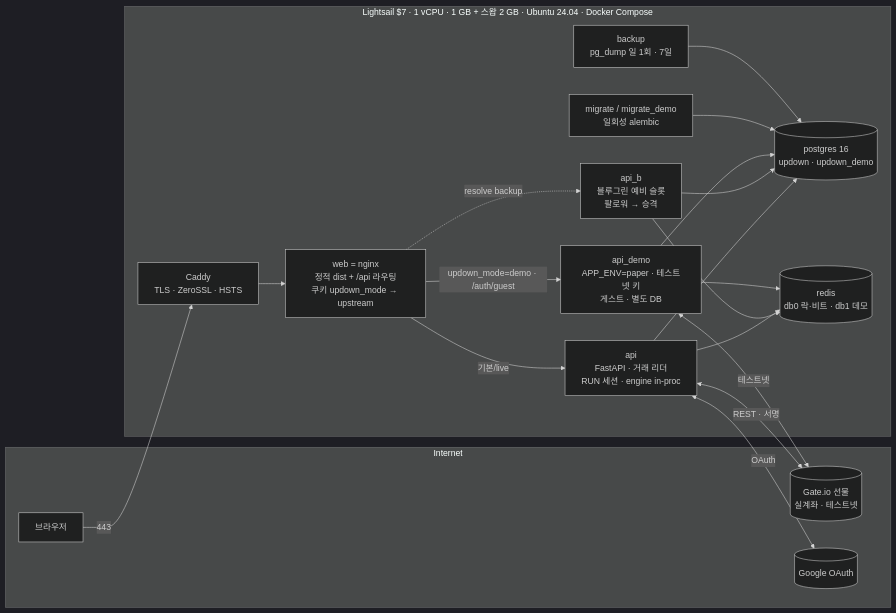
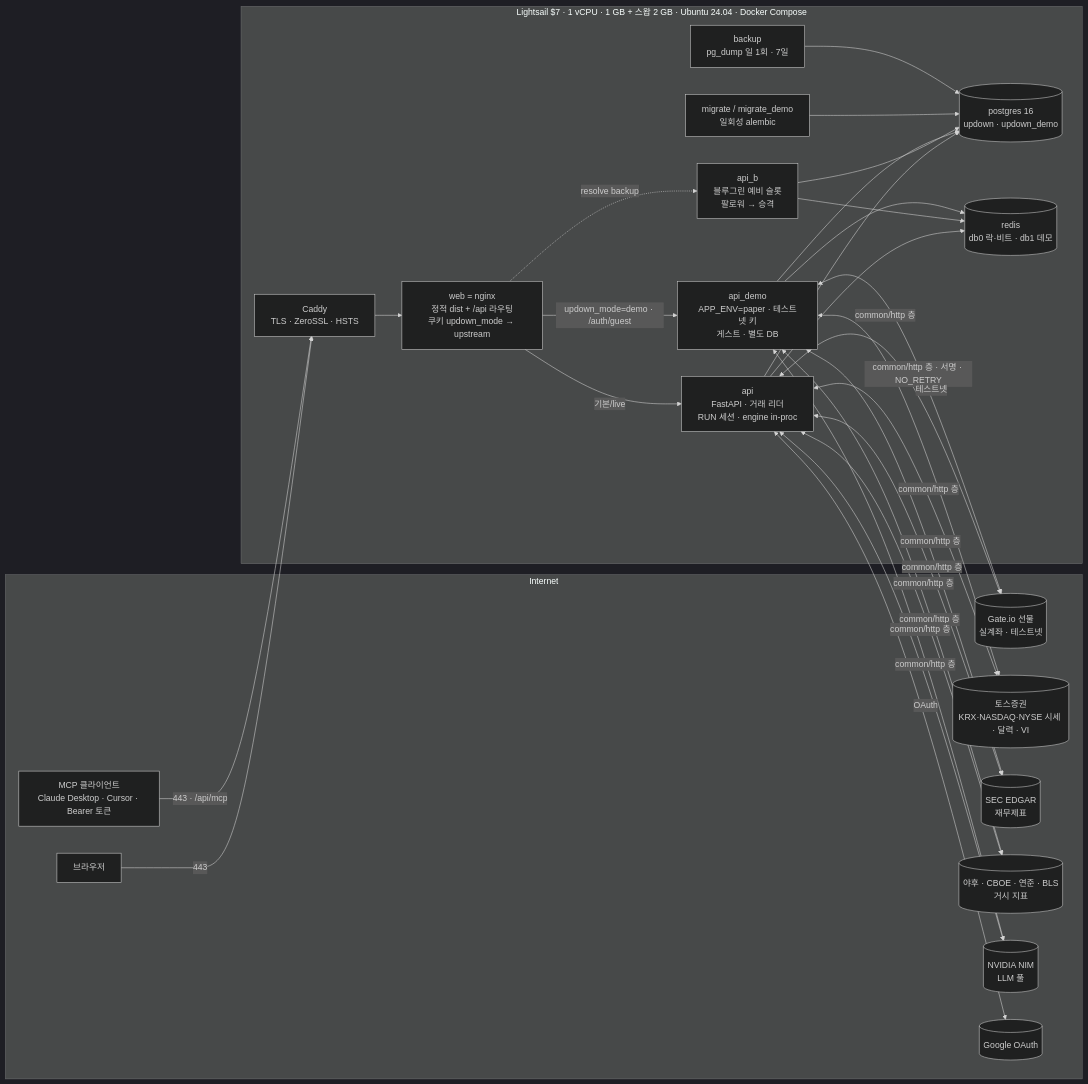
One commit to ericsj1998/up_and_down_invest_public changed the first of 5 diagrams in docs/platform/runtime_architecture.md. Above: the diagram before and after it, drawn with Mermaid (dark theme). The commit also changed other lines of this file and 2 other files, not shown here.

Commit message:
다이어그램 전면 갱신 — 개념 ERD(주식 페이퍼 계좌 · 재무 사실 · 토큰 · 대화 · 소프트 삭제 열) · 기술 ERD 2.2(36 표 · 이메일 매임 · financial_facts · api_tokens · chat_threads · role/grants) · 시퀀스 3.1(주식 · 달력 · 층 · step_ms) · 3.2 메모 · 새 3.5 AI 채팅 한 턴 · 3.6 바깥 호출 한 층 · 스윔레인 4.1 · 플로우차트 §5 · README 3개 동기화 · 런타임 한 장 그림 · 설계 색인 층 그림 (사용자 요청)

(일부 식별자는 비공개 매매법 이름이라 가렸다)

Source-Commit: d2cfef6a81bc

````diff
--- a/docs/platform/runtime_architecture.md
+++ b/docs/platform/runtime_architecture.md
@@ -10,31 +10,39 @@
 ```mermaid
 flowchart LR
   subgraph Internet
     U[브라우저]
+    MCPC[MCP 클라이언트<br/>Claude Desktop · Cursor · Bearer 토큰]
     GATE[(Gate.io 선물<br/>실계좌 · 테스트넷)]
+    TOSS[(토스증권<br/>KRX·NASDAQ·NYSE 시세 · 달력 · VI)]
+    EDGAR[(SEC EDGAR<br/>재무제표)]
+    MACRO[(야후 · CBOE · 연준 · BLS<br/>거시 지표)]
+    NIM[(NVIDIA NIM<br/>LLM 풀)]
     GOOGLE[(Google OAuth)]
   end
   subgraph Lightsail["Lightsail $7 · 1 vCPU · 1 GB + 스왑 2 GB · Ubuntu 24.04 · Docker Compose"]
     CADDY[Caddy<br/>TLS · ZeroSSL · HSTS]
     NGINX[web = nginx<br/>정적 dist + /api 라우팅<br/>쿠키 updown_mode → upstream]
     API[api<br/>FastAPI · 거래 리더<br/>RUN 세션 · engine in-proc]
     APIB[api_b<br/>블루그린 예비 슬롯<br/>팔로워 → 승격]
     DEMO[api_demo<br/>APP_ENV=paper · 테스트넷 키<br/>게스트 · 별도 DB]
     PG[(postgres 16<br/>updown · updown_demo)]
     RD[(redis<br/>db0 락·비트 · db1 데모)]
     MIG[migrate / migrate_demo<br/>일회성 alembic]
     BK[backup<br/>pg_dump 일 1회 · 7일]
   end
   U -->|443| CADDY --> NGINX
   NGINX -->|기본/live| API
   NGINX -.->|resolve backup| APIB
   NGINX -->|updown_mode=demo · /auth/guest| DEMO
   API --> PG & RD
   APIB --> PG & RD
   DEMO --> PG & RD
   MIG --> PG
   BK --> PG
-  API <-->|REST · 서명| GATE
+  MCPC -->|443 · /api/mcp| CADDY
+  API <-->|common/http 층 · 서명 · NO_RETRY| GATE
+  API <-->|common/http 층| TOSS & EDGAR & MACRO & NIM
   API <-->|OAuth| GOOGLE
   DEMO <-->|테스트넷| GATE
+  DEMO <-->|common/http 층| TOSS & EDGAR & MACRO & NIM
 ```
````
